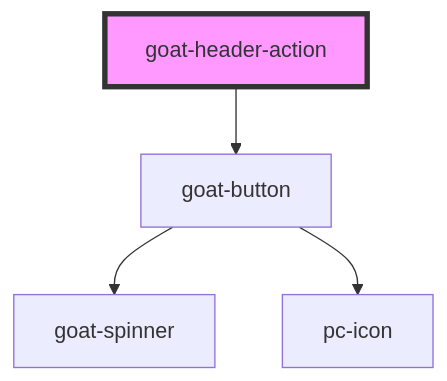
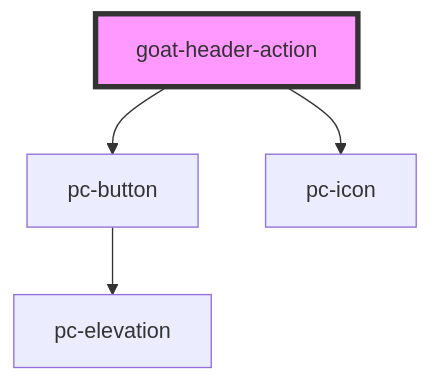
The diagram in src/components/application/header/header-action/readme.md (redvars/peacock), drawn with Mermaid before and after one commit. The commit also changed other lines of this file and 280 other files, not shown here.

````diff
--- a/src/components/application/header/header-action/readme.md
+++ b/src/components/application/header/header-action/readme.md
@@ -46,7 +47,7 @@
 ```mermaid
 graph TD;
-  goat-header-action --> goat-button
-  goat-button --> goat-spinner
-  goat-button --> pc-icon
+  goat-header-action --> pc-button
+  goat-header-action --> pc-icon
+  pc-button --> pc-elevation
   style goat-header-action fill:#f9f,stroke:#333,stroke-width:4px
 ```
````
